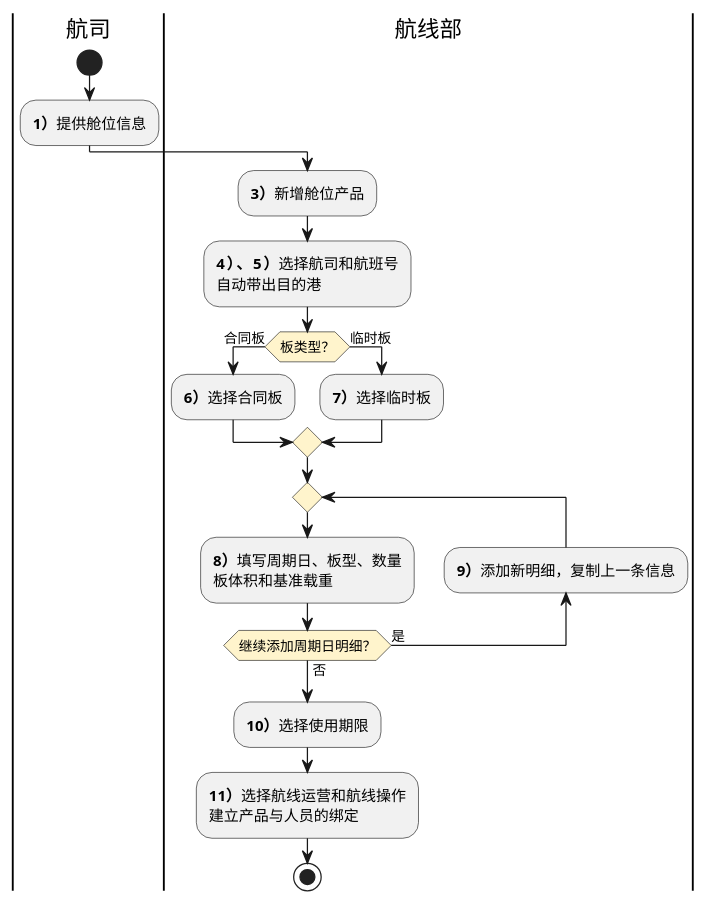
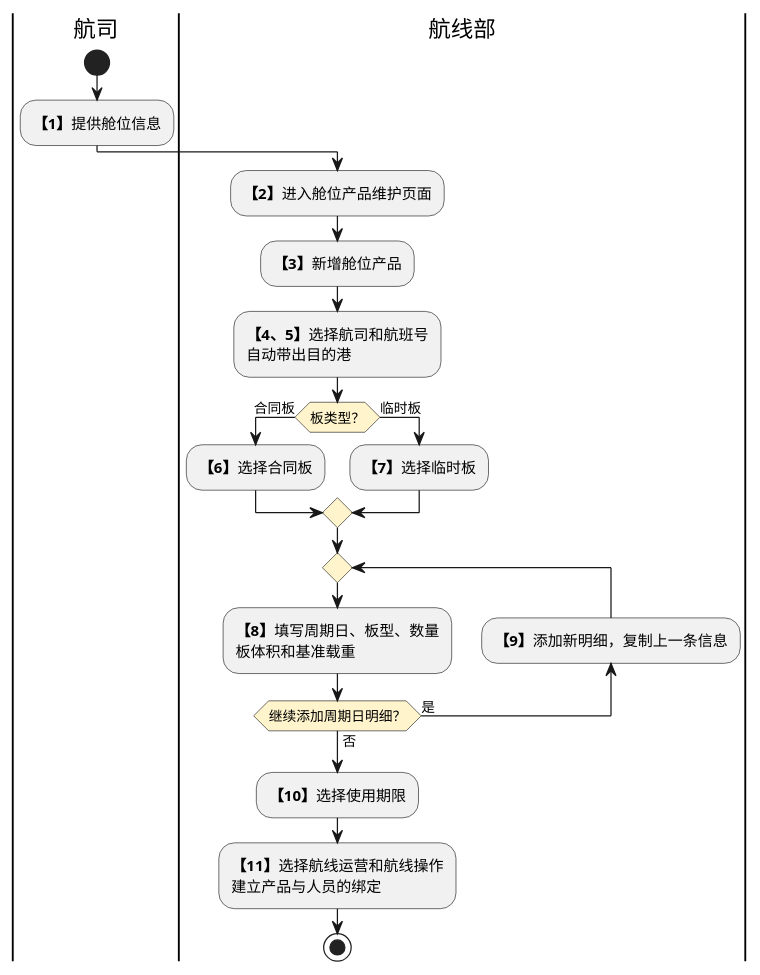
The first of 2 diagrams in product-caliber/goldjet/segmented-prd/PRD.高捷物流系统一期.第008篇.舱位管理与配板.01F81010E3.md (jack888332/projects-doc), drawn with PlantUML before and after one commit. The commit also changed other lines of this file and 12 other files, not shown here.

Commit message:
完善DSL图

````diff
--- a/product-caliber/goldjet/segmented-prd/PRD.高捷物流系统一期.第008篇.舱位管理与配板.01F81010E3.md
+++ b/product-caliber/goldjet/segmented-prd/PRD.高捷物流系统一期.第008篇.舱位管理与配板.01F81010E3.md
@@ -68,23 +68,24 @@
 ```plantuml
 @startuml goldjet-008-capacity-product
 skinparam activityDiamondBackgroundColor #FFF4CC
 |航司|
 start
-:**1）**提供舱位信息;
+:**【1】**提供舱位信息;
 |航线部|
-:**3）**新增舱位产品;
-:**4）、5）**选择航司和航班号\n自动带出目的港;
+:**【2】**进入舱位产品维护页面;
+:**【3】**新增舱位产品;
+:**【4、5】**选择航司和航班号\n自动带出目的港;
 if (板类型？) then (合同板)
-  :**6）**选择合同板;
+  :**【6】**选择合同板;
 else (临时板)
-  :**7）**选择临时板;
+  :**【7】**选择临时板;
 endif
 repeat
-  :**8）**填写周期日、板型、数量\n板体积和基准载重;
-  backward :**9）**添加新明细，复制上一条信息;
+  :**【8】**填写周期日、板型、数量\n板体积和基准载重;
+  backward :**【9】**添加新明细，复制上一条信息;
 repeat while (继续添加周期日明细？) is (是) not (否)
-:**10）**选择使用期限;
-:**11）**选择航线运营和航线操作\n建立产品与人员的绑定;
+:**【10】**选择使用期限;
+:**【11】**选择航线运营和航线操作\n建立产品与人员的绑定;
 stop
 @enduml
 ```
````
